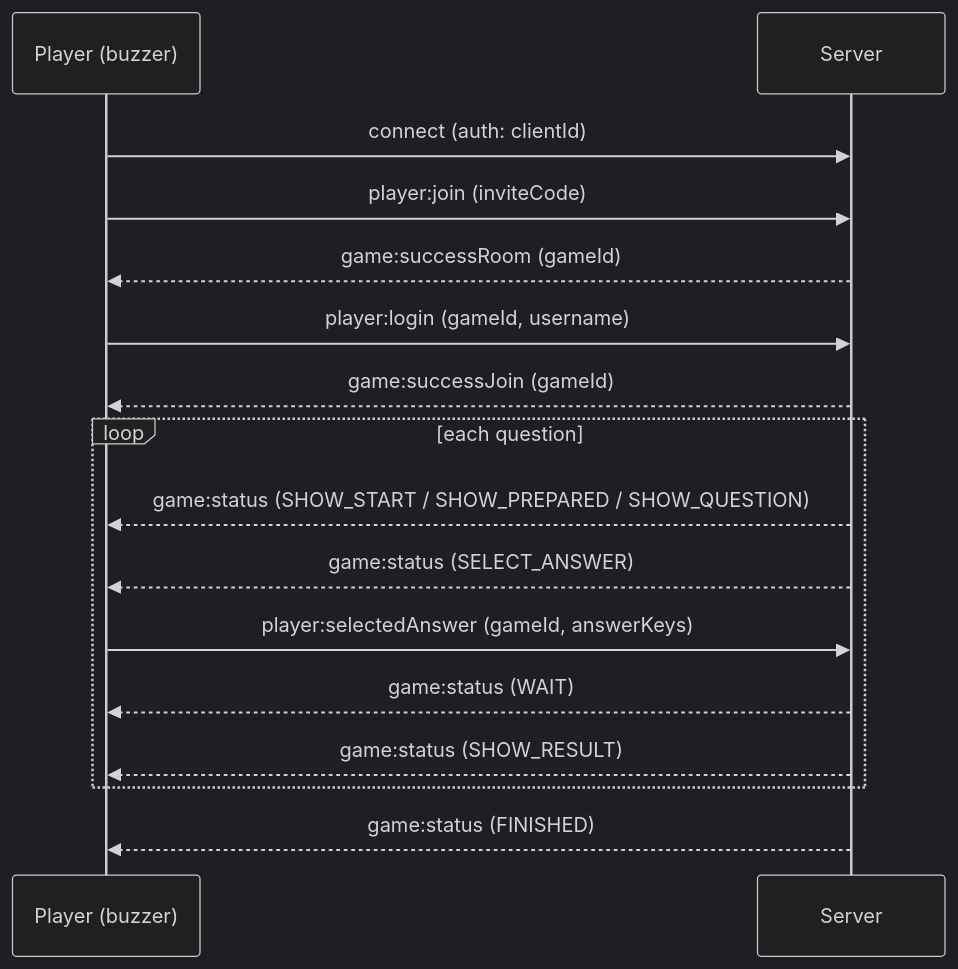
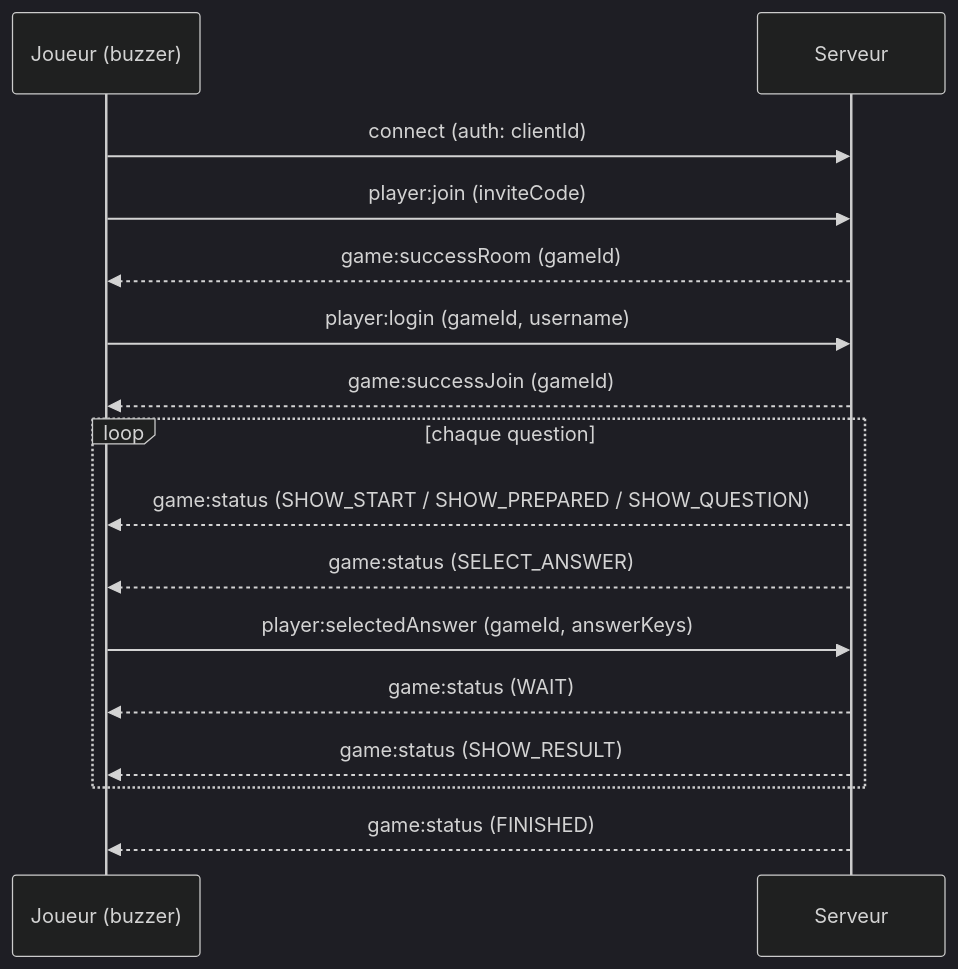
One commit to G-I-Gio/Praxis changed the first of 2 diagrams in docs/websocket-protocol.md. Above: the diagram before and after it, drawn with Mermaid (dark theme). The commit also changed other lines of this file and 63 other files, not shown here.

````diff
--- a/docs/websocket-protocol.md
+++ b/docs/websocket-protocol.md
@@ -130,21 +132,21 @@
 ```mermaid
 sequenceDiagram
-    participant P as Player (buzzer)
-    participant S as Server
+    participant P as Joueur (buzzer)
+    participant S as Serveur
 
     P->>S: connect (auth: clientId)
     P->>S: player:join (inviteCode)
     S-->>P: game:successRoom (gameId)
     P->>S: player:login (gameId, username)
     S-->>P: game:successJoin (gameId)
 
-    loop each question
+    loop chaque question
         S-->>P: game:status (SHOW_START / SHOW_PREPARED / SHOW_QUESTION)
         S-->>P: game:status (SELECT_ANSWER)
         P->>S: player:selectedAnswer (gameId, answerKeys)
         S-->>P: game:status (WAIT)
         S-->>P: game:status (SHOW_RESULT)
     end
 
     S-->>P: game:status (FINISHED)
 ```
````
